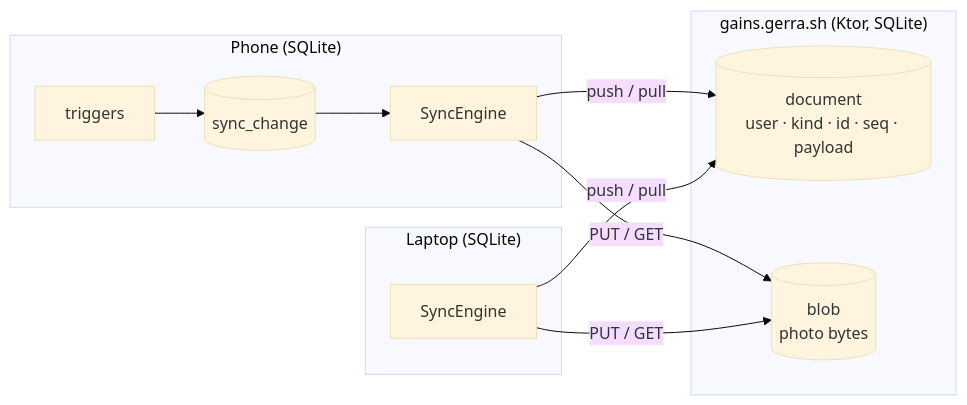
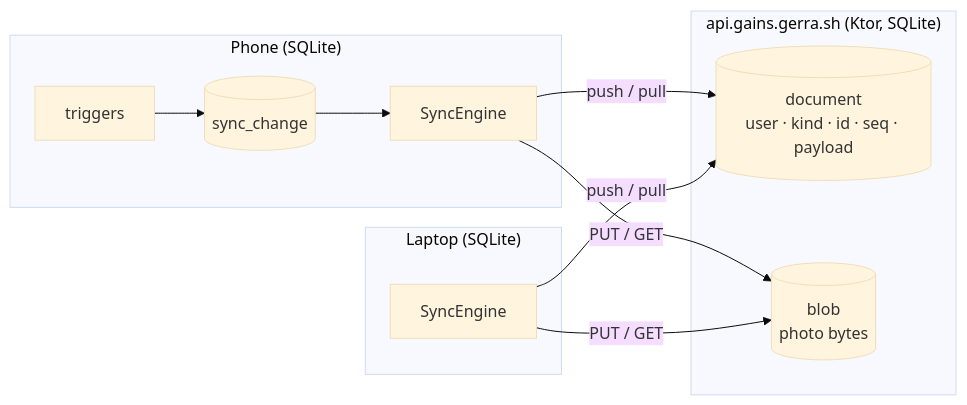
The diagram in docs/sync.md (gerra/gains), drawn with Mermaid (base theme) before and after one commit. The commit also changed other lines of this file and 4 other files, not shown here.

First line of the commit message:
Serve the sync server at api.gains.gerra.sh

````diff
--- a/docs/sync.md
+++ b/docs/sync.md
@@ -27,18 +27,18 @@
 ```mermaid
 flowchart LR
   subgraph phone["Phone (SQLite)"]
     T[triggers] --> C[(sync_change)]
     C --> E[SyncEngine]
   end
   subgraph laptop["Laptop (SQLite)"]
     E2[SyncEngine]
   end
-  subgraph server["gains.gerra.sh (Ktor, SQLite)"]
+  subgraph server["api.gains.gerra.sh (Ktor, SQLite)"]
     D[(document<br/>user · kind · id · seq · payload)]
     B[(blob<br/>photo bytes)]
   end
   E -->|push / pull| D
   E -->|PUT / GET| B
   E2 -->|push / pull| D
   E2 -->|PUT / GET| B
 ```
````
